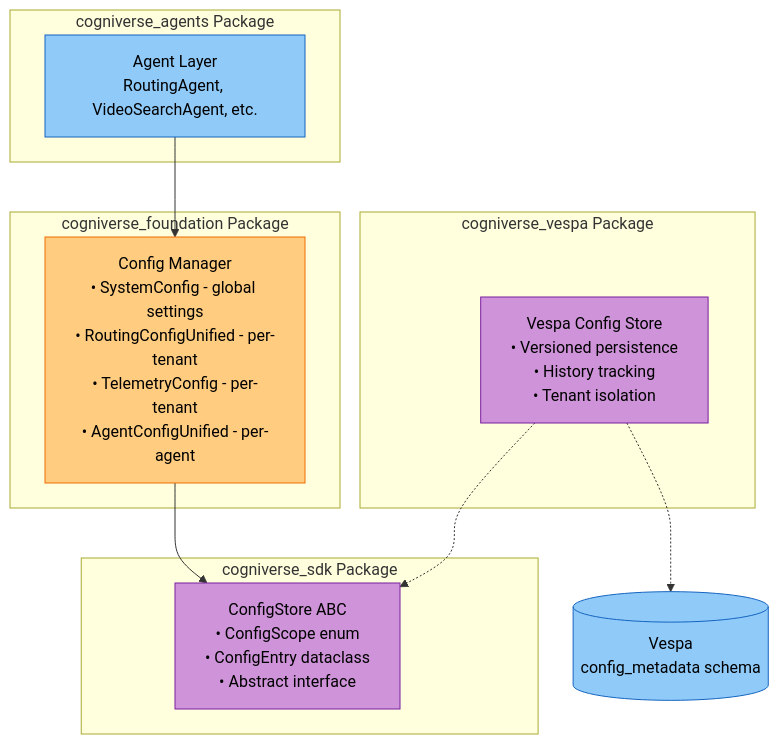
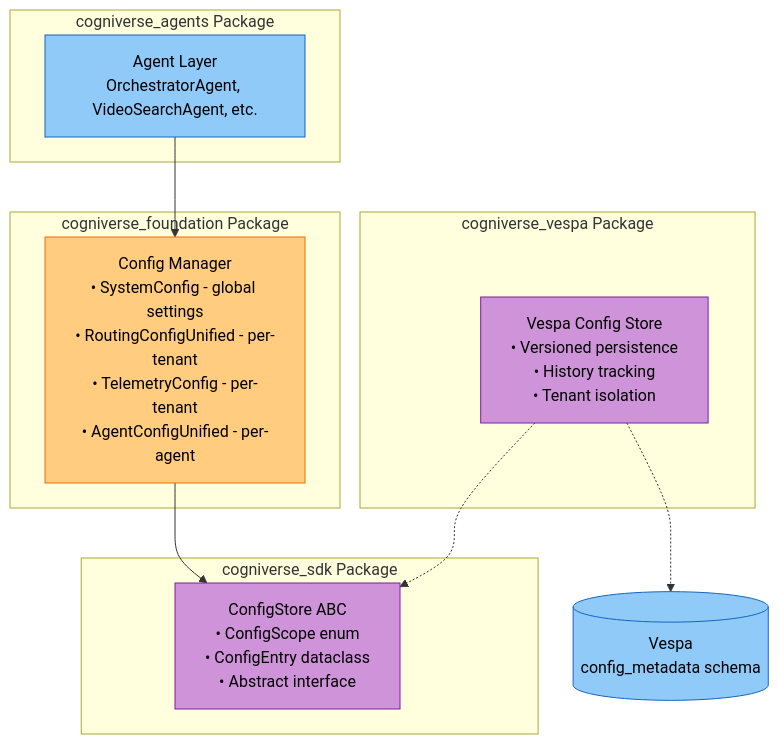
Before and after one commit to amit-jain/cogniverse: the first of 4 diagrams in docs/modules/common.md, drawn with Mermaid. The commit also changed other lines of this file and 75 other files, not shown here.

First line of the commit message:
Remove RoutingAgent and replace with OrchestratorAgent dispatch

````diff
--- a/docs/modules/common.md
+++ b/docs/modules/common.md
@@ -81,29 +81,29 @@
 ```mermaid
 flowchart TB
     subgraph "cogniverse_agents Package"
-        AgentLayer["<span style='color:#000'>Agent Layer<br/>RoutingAgent, VideoSearchAgent, etc.</span>"]
+        AgentLayer["<span style='color:#000'>Agent Layer<br/>OrchestratorAgent, VideoSearchAgent, etc.</span>"]
     end
 
     subgraph "cogniverse_foundation Package"
         ConfigManager["<span style='color:#000'>Config Manager<br/>• SystemConfig - global settings<br/>• RoutingConfigUnified - per-tenant<br/>• TelemetryConfig - per-tenant<br/>• AgentConfigUnified - per-agent</span>"]
     end
 
     subgraph "cogniverse_sdk Package"
         ConfigStoreABC["<span style='color:#000'>ConfigStore ABC<br/>• ConfigScope enum<br/>• ConfigEntry dataclass<br/>• Abstract interface</span>"]
     end
 
     subgraph "cogniverse_vespa Package"
         VespaConfigStore["<span style='color:#000'>Vespa Config Store<br/>• Versioned persistence<br/>• History tracking<br/>• Tenant isolation</span>"]
     end
 
     AgentLayer --> ConfigManager
     ConfigManager --> ConfigStoreABC
     VespaConfigStore -.-> ConfigStoreABC
     VespaConfigStore -.-> Vespa[("<span style='color:#000'>Vespa<br/>config_metadata schema</span>")]
 
     style AgentLayer fill:#90caf9,stroke:#1565c0,color:#000
     style ConfigManager fill:#ffcc80,stroke:#ef6c00,color:#000
     style ConfigStoreABC fill:#ce93d8,stroke:#7b1fa2,color:#000
     style VespaConfigStore fill:#ce93d8,stroke:#7b1fa2,color:#000
     style Vespa fill:#90caf9,stroke:#1565c0,color:#000
 ```
````
